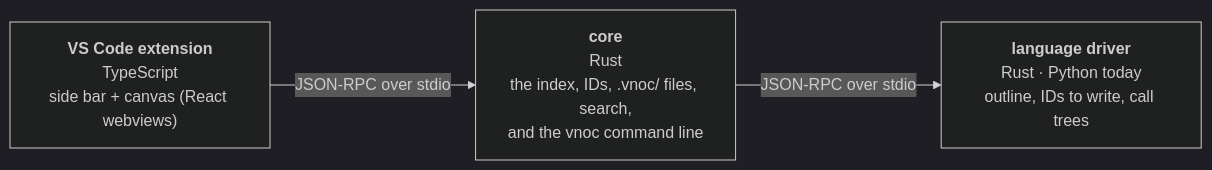
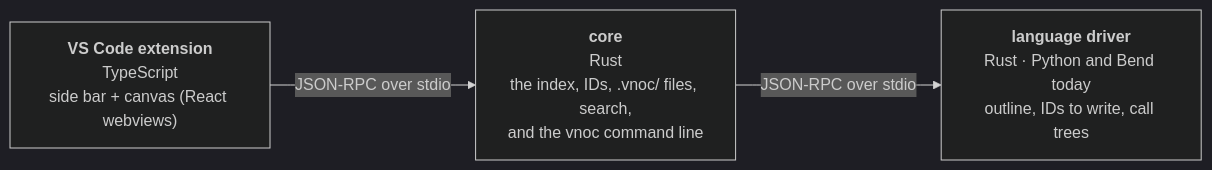
The diagram in README.md (yaredtsy/vnoc), drawn with Mermaid (dark theme) before and after one commit. The commit also changed other lines of this file and 17 other files, not shown here.

````diff
--- a/README.md
+++ b/README.md
@@ -399,8 +399,8 @@
 ```mermaid
 flowchart LR
     ext["<b>VS Code extension</b><br/>TypeScript<br/>side bar + canvas (React webviews)"]
     core["<b>core</b><br/>Rust<br/>the index, IDs, .vnoc/ files, search,<br/>and the vnoc command line"]
-    drv["<b>language driver</b><br/>Rust · Python today<br/>outline, IDs to write, call trees"]
+    drv["<b>language driver</b><br/>Rust · Python and Bend today<br/>outline, IDs to write, call trees"]
     ext -- "JSON-RPC over stdio" --> core
     core -- "JSON-RPC over stdio" --> drv
 ```
````
